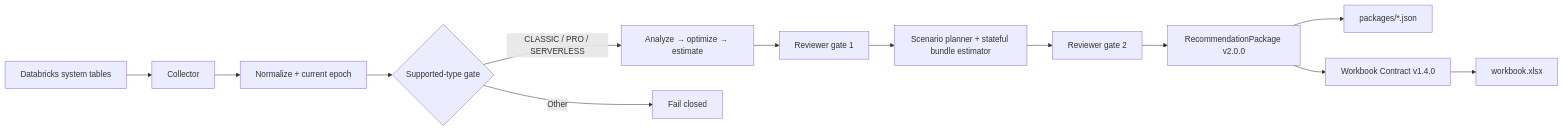
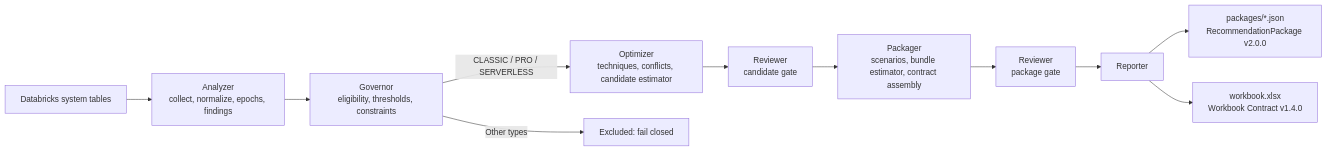
Before and after one commit to thiaga-gk/expert-funicular: the diagram in README.md, drawn with Mermaid. The commit also changed other lines of this file and 11 other files, not shown here.

First line of the commit message:
Reorg Phase 10 step E: docs describe the capability architecture

````diff
--- a/README.md
+++ b/README.md
@@ -19,15 +19,13 @@
 ```mermaid
 flowchart LR
-    ST[Databricks system tables] --> C[Collector]
-    C --> N[Normalize + current epoch]
-    N --> G{Supported-type gate}
-    G -->|CLASSIC / PRO / SERVERLESS| A[Analyze → optimize → estimate]
-    G -->|Other| X[Fail closed]
-    A --> R1[Reviewer gate 1]
-    R1 --> S[Scenario planner + stateful bundle estimator]
-    S --> R2[Reviewer gate 2]
-    R2 --> P[RecommendationPackage v2.0.0]
-    P --> J[packages/*.json]
-    P --> W[Workbook Contract v1.4.0]
-    W --> X1[workbook.xlsx]
+    ST[Databricks system tables] --> A[Analyzer<br/>collect, normalize, epochs, findings]
+    A --> G[Governor<br/>eligibility, thresholds, constraints]
+    G -->|CLASSIC / PRO / SERVERLESS| O[Optimizer<br/>techniques, conflicts, candidate estimator]
+    G -->|Other types| X[Excluded: fail closed]
+    O --> R1[Reviewer<br/>candidate gate]
+    R1 --> P[Packager<br/>scenarios, bundle estimator, contract assembly]
+    P --> R2[Reviewer<br/>package gate]
+    R2 --> RP[Reporter]
+    RP --> J[packages/*.json<br/>RecommendationPackage v2.0.0]
+    RP --> W[workbook.xlsx<br/>Workbook Contract v1.4.0]
 ```
````
